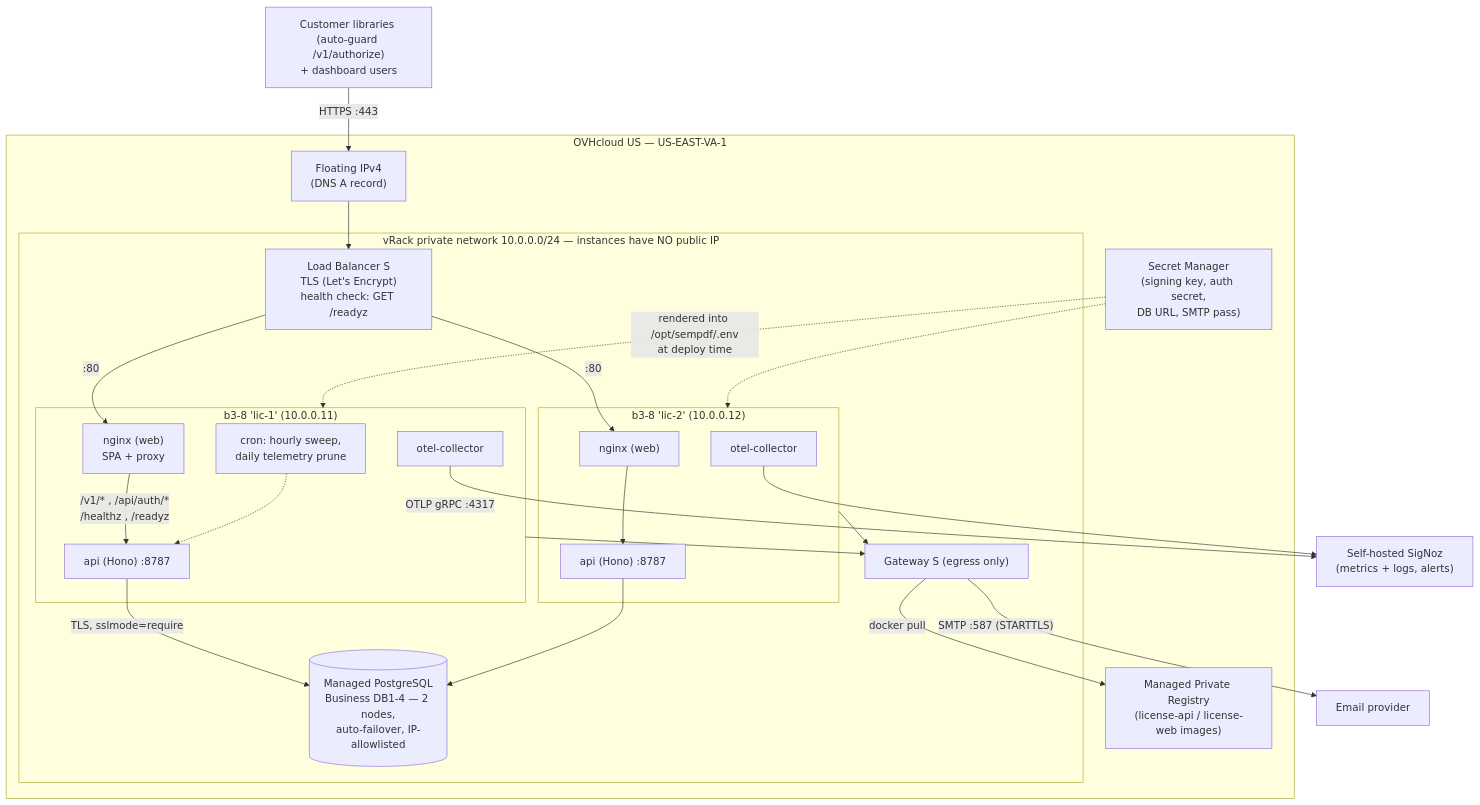
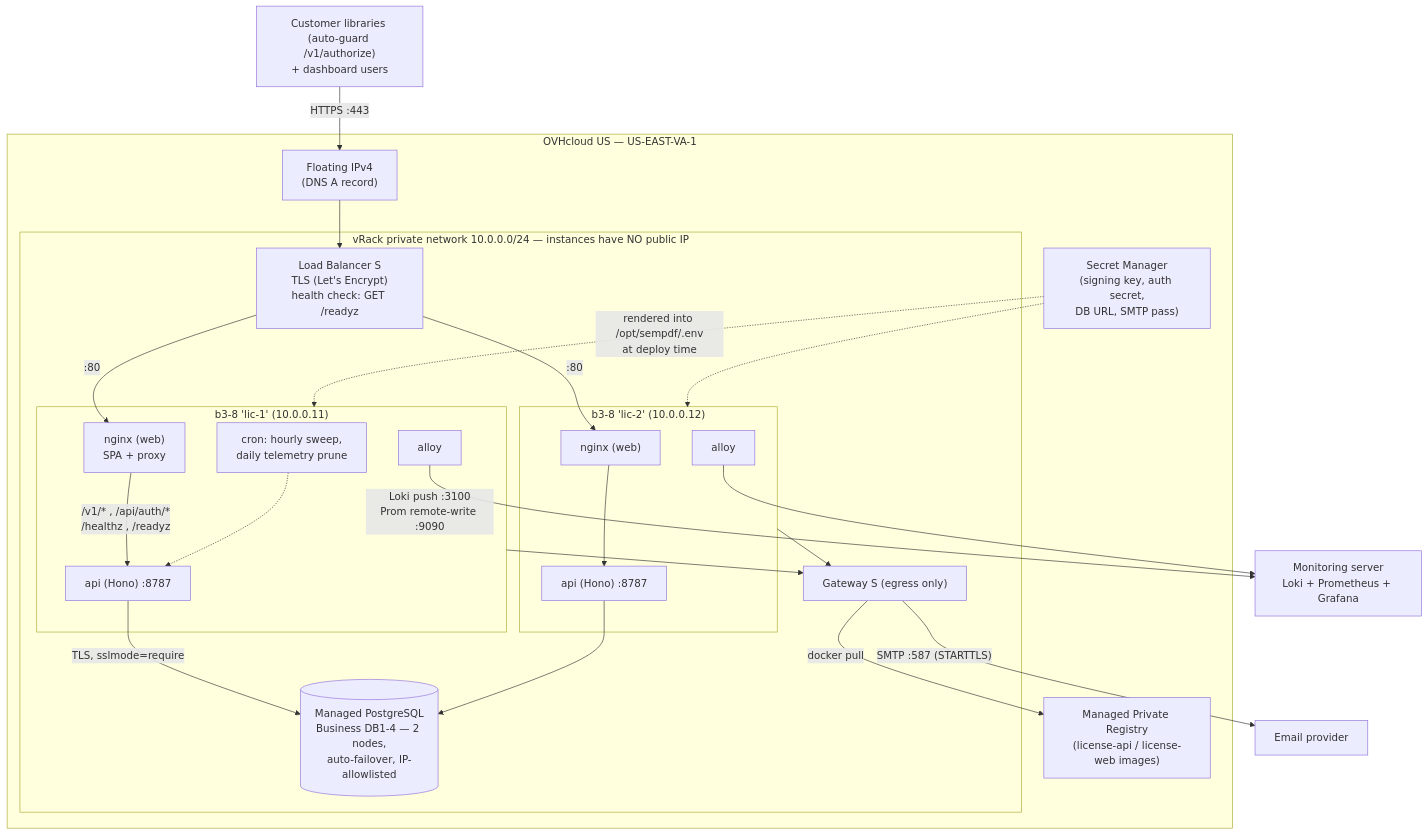
Before and after one commit to crstnmac/sempdf: the diagram in license-server/deploy/README.md, drawn with Mermaid. The commit also changed other lines of this file and 11 other files, not shown here.

First line of the commit message:
feat(deploy): replace SigNoz plan with Loki+Grafana stack

````diff
--- a/license-server/deploy/README.md
+++ b/license-server/deploy/README.md
@@ -43,40 +43,40 @@
 ```mermaid
 flowchart TB
   clients["Customer libraries (auto-guard /v1/authorize)<br/>+ dashboard users"] -->|HTTPS :443| fip["Floating IPv4<br/>(DNS A record)"]
 
   subgraph region["OVHcloud US — US-EAST-VA-1"]
     fip --> lb["Load Balancer S<br/>TLS (Let's Encrypt)<br/>health check: GET /readyz"]
 
     subgraph vrack["vRack private network 10.0.0.0/24 — instances have NO public IP"]
       lb -->|":80"| web1
       lb -->|":80"| web2
 
       subgraph host1["b3-8 'lic-1' (10.0.0.11)"]
         web1["nginx (web)<br/>SPA + proxy"] -->|"/v1/* , /api/auth/*<br/>/healthz , /readyz"| api1["api (Hono) :8787"]
-        otel1["otel-collector"]
+        otel1["alloy"]
         cron1["cron: hourly sweep,<br/>daily telemetry prune"] -.-> api1
       end
 
       subgraph host2["b3-8 'lic-2' (10.0.0.12)"]
         web2["nginx (web)"] --> api2["api (Hono) :8787"]
-        otel2["otel-collector"]
+        otel2["alloy"]
       end
 
       api1 -->|"TLS, sslmode=require"| pg[("Managed PostgreSQL<br/>Business DB1-4 — 2 nodes,<br/>auto-failover, IP-allowlisted")]
       api2 --> pg
 
       host1 --> gw["Gateway S (egress only)"]
       host2 --> gw
     end
 
     reg["Managed Private Registry<br/>(license-api / license-web images)"]
     sm["Secret Manager<br/>(signing key, auth secret,<br/>DB URL, SMTP pass)"]
   end
 
   gw -->|"docker pull"| reg
   gw -->|"SMTP :587 (STARTTLS)"| mail["Email provider"]
-  otel1 -->|"OTLP gRPC :4317"| signoz["Self-hosted SigNoz<br/>(metrics + logs, alerts)"]
-  otel2 --> signoz
+  otel1 -->|"Loki push :3100<br/>Prom remote-write :9090"| mon["Monitoring server<br/>Loki + Prometheus + Grafana"]
+  otel2 --> mon
   sm -.->|"rendered into /opt/sempdf/.env<br/>at deploy time"| host1
   sm -.-> host2
 ```
````
